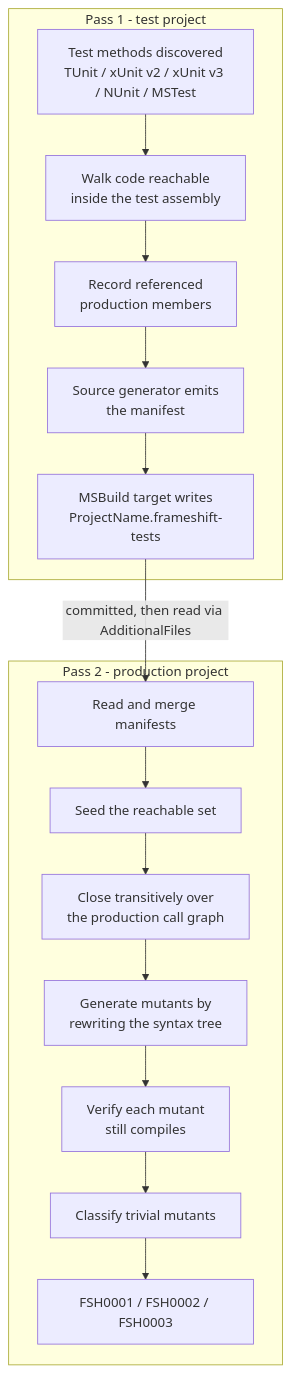
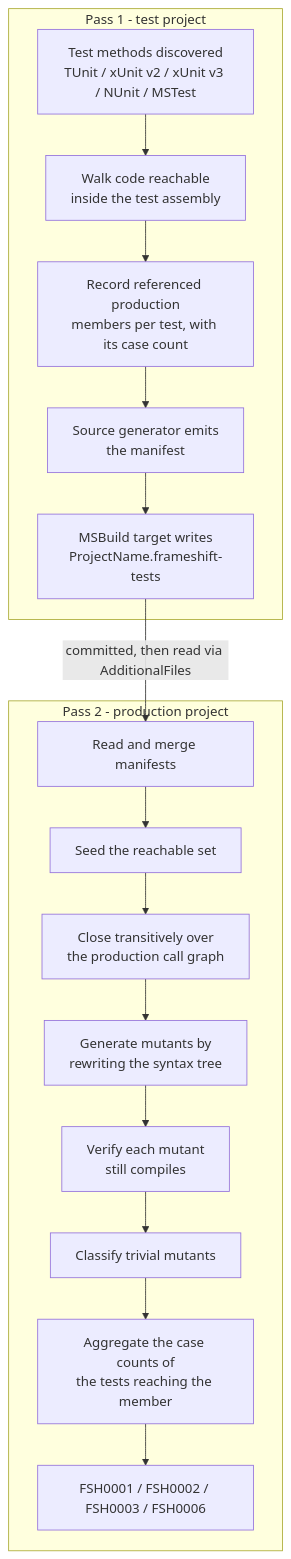
The diagram in src/NetEvolve.FrameShift/README.md (dailydevops/frameshift), drawn with Mermaid before and after one commit. The commit also changed other lines of this file and 18 other files, not shown here.

````diff
--- a/src/NetEvolve.FrameShift/README.md
+++ b/src/NetEvolve.FrameShift/README.md
@@ -187,20 +205,21 @@
 ```mermaid
 flowchart TD
     subgraph pass1["Pass 1 - test project"]
         A["Test methods discovered<br/>TUnit / xUnit v2 / xUnit v3 / NUnit / MSTest"] --> B["Walk code reachable<br/>inside the test assembly"]
-        B --> C["Record referenced<br/>production members"]
+        B --> C["Record referenced production<br/>members per test, with its case count"]
         C --> D["Source generator emits<br/>the manifest"]
         D --> E["MSBuild target writes<br/>ProjectName.frameshift-tests"]
     end
 
     E -->|"committed, then read via AdditionalFiles"| F
 
     subgraph pass2["Pass 2 - production project"]
         F["Read and merge manifests"] --> G["Seed the reachable set"]
         G --> H["Close transitively over<br/>the production call graph"]
         H --> I["Generate mutants by<br/>rewriting the syntax tree"]
         I --> J["Verify each mutant<br/>still compiles"]
         J --> K["Classify trivial mutants"]
-        K --> L["FSH0001 / FSH0002 / FSH0003"]
+        K --> M["Aggregate the case counts of<br/>the tests reaching the member"]
+        M --> L["FSH0001 / FSH0002 / FSH0003 / FSH0006"]
     end
 ```
````
